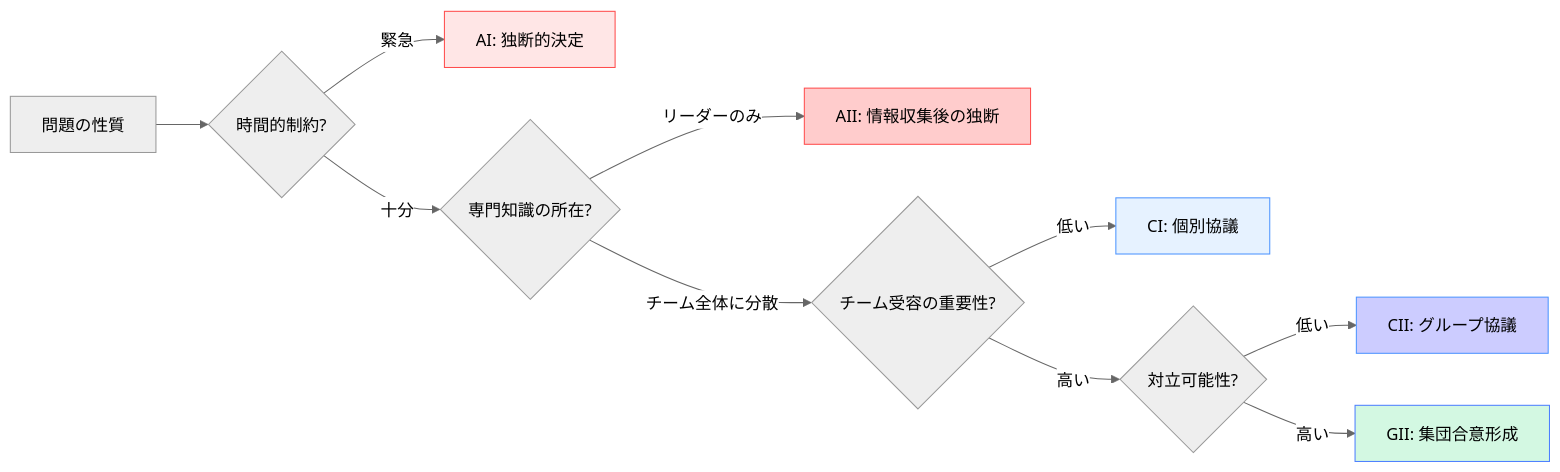
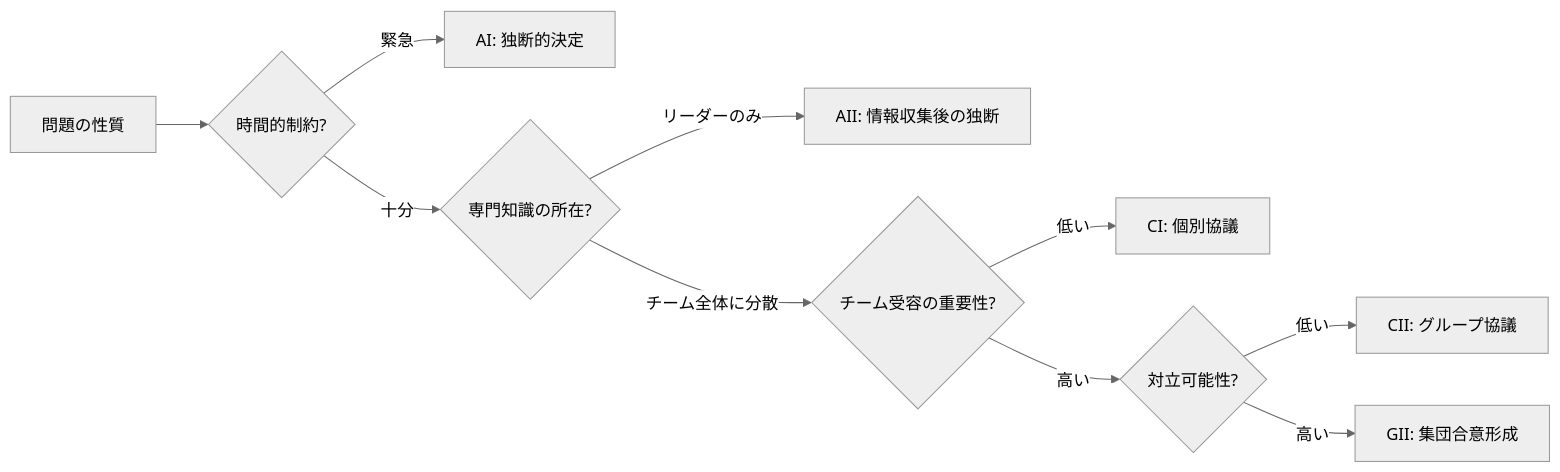
One commit to shuji-bonji/Situational-Awareness-and-Decision-Making changed the third of 9 diagrams in docs/decision-making-guide/team-decision-making.md. Above: the diagram before and after it, drawn with Mermaid (neutral theme). The commit also changed other lines of this file and 49 other files, not shown here.

Commit message:
fix: ダークモードで見づらい図の色の変更

````diff
--- a/docs/decision-making-guide/team-decision-making.md
+++ b/docs/decision-making-guide/team-decision-making.md
@@ -93,21 +93,21 @@
     ```mermaid
     graph LR
         A[問題の性質] --> B{時間的制約?}
         B -->|緊急| C[AI: 独断的決定]
         B -->|十分| D{専門知識の所在?}
         
         D -->|リーダーのみ| E[AII: 情報収集後の独断]
         D -->|チーム全体に分散| F{チーム受容の重要性?}
         
         F -->|低い| G[CI: 個別協議]
         F -->|高い| H{対立可能性?}
         
         H -->|低い| I[CII: グループ協議]
         H -->|高い| J[GII: 集団合意形成]
         
-        style C fill:#ffe6e6,stroke:#ff4d4d
-        style E fill:#ffcccc,stroke:#ff4d4d
-        style G fill:#e6f2ff,stroke:#4d94ff
-        style I fill:#ccccff,stroke:#4d94ff
-        style J fill:#d3f8e2,stroke:#4d7fff
+    
+    
+    
+    
+    
     ```
````
